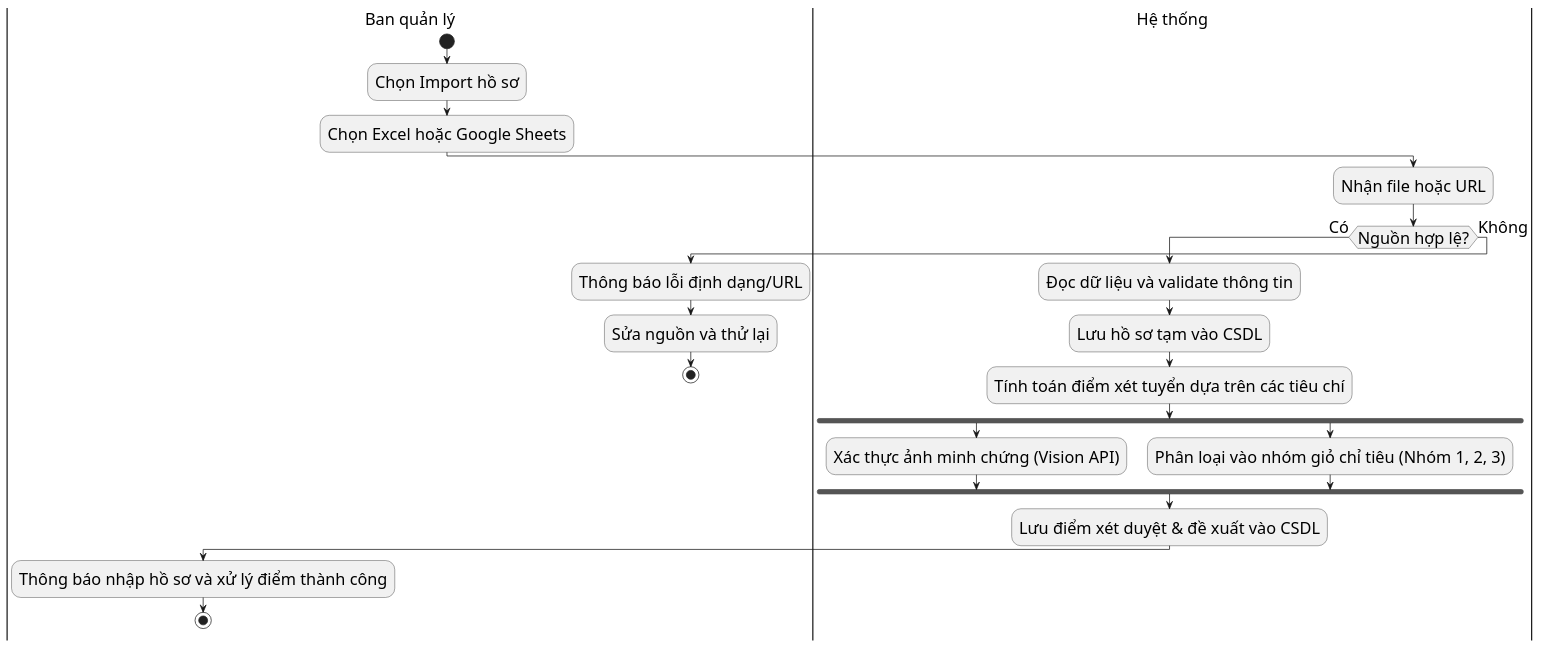
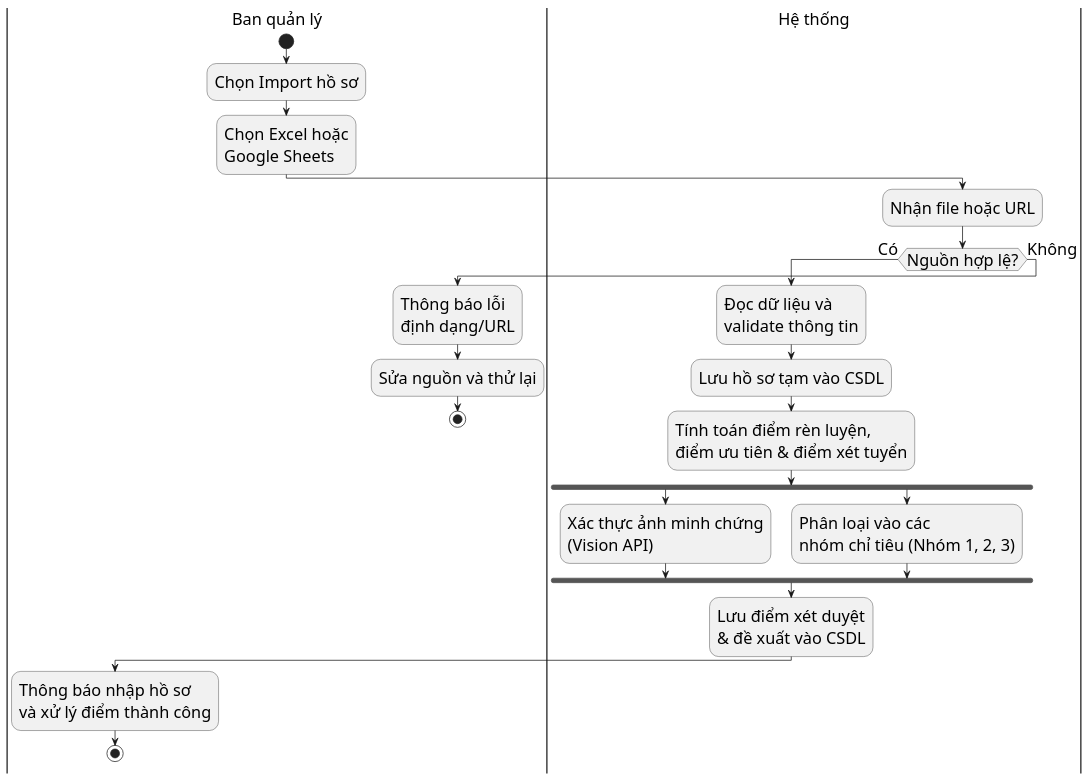
Before and after one commit to s0nbuildtech287/dormitory-frontend: the diagram in diagrams/nhomhosodangky/registration_import_activity.puml, drawn with PlantUML. The commit also changed 4 other files, not shown here.

```diff
--- a/diagrams/nhomhosodangky/registration_import_activity.puml
+++ b/diagrams/nhomhosodangky/registration_import_activity.puml
@@ -1,29 +1,29 @@
 @startuml "Registration Import Activity"
 skinparam defaultFontSize 22
 skinparam defaultFontName "Times New Roman"
 |Ban quản lý|
 start
 :Chọn Import hồ sơ;
-:Chọn Excel hoặc Google Sheets;
+:Chọn Excel hoặc\nGoogle Sheets;
 |Hệ thống|
 :Nhận file hoặc URL;
 if (Nguồn hợp lệ?) then (Có)
-  :Đọc dữ liệu và validate thông tin;
+  :Đọc dữ liệu và\nvalidate thông tin;
   :Lưu hồ sơ tạm vào CSDL;
-  :Tính toán điểm xét tuyển dựa trên các tiêu chí;
+  :Tính toán điểm rèn luyện,\nđiểm ưu tiên & điểm xét tuyển;
   fork
-    :Xác thực ảnh minh chứng (Vision API);
+    :Xác thực ảnh minh chứng\n(Vision API);
   fork again
-    :Phân loại vào nhóm giỏ chỉ tiêu (Nhóm 1, 2, 3);
+    :Phân loại vào các\nnhóm chỉ tiêu (Nhóm 1, 2, 3);
   end fork
-  :Lưu điểm xét duyệt & đề xuất vào CSDL;
+  :Lưu điểm xét duyệt\n& đề xuất vào CSDL;
   |Ban quản lý|
-  :Thông báo nhập hồ sơ và xử lý điểm thành công;
+  :Thông báo nhập hồ sơ\nvà xử lý điểm thành công;
   stop
 else (Không)
-  :Thông báo lỗi định dạng/URL;
+  :Thông báo lỗi\nđịnh dạng/URL;
   |Ban quản lý|
   :Sửa nguồn và thử lại;
   stop
 endif
 @enduml
```
